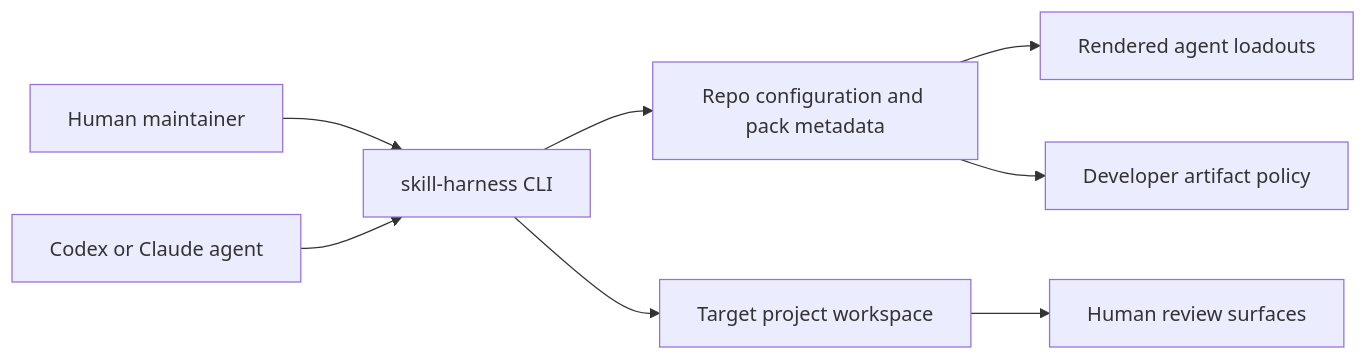
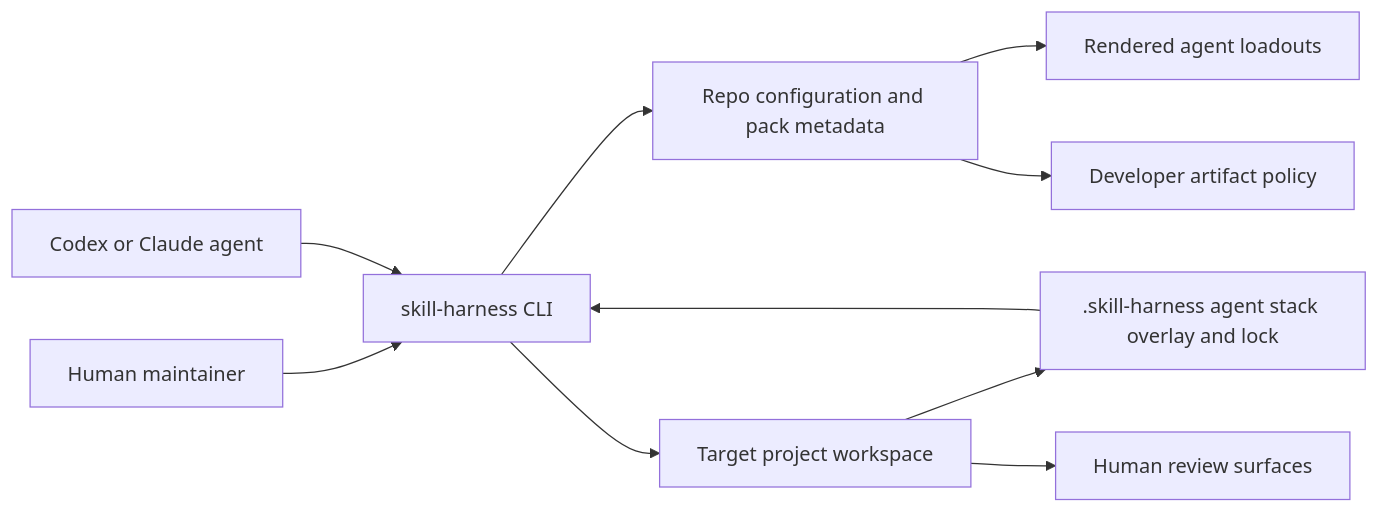
The diagram in docs/artifacts/source/models/sh-system-context.md (45ck/skill-harness), drawn with Mermaid before and after one commit. The commit also changed other lines of this file and 39 other files, not shown here.

````diff
--- a/docs/artifacts/source/models/sh-system-context.md
+++ b/docs/artifacts/source/models/sh-system-context.md
@@ -43,10 +43,12 @@
 ```mermaid
 flowchart LR
   Human["Human maintainer"] --> CLI["skill-harness CLI"]
   Agent["Codex or Claude agent"] --> CLI
   CLI --> Config["Repo configuration and pack metadata"]
   CLI --> Target["Target project workspace"]
+  Target --> Stack[".skill-harness agent stack overlay and lock"]
+  Stack --> CLI
   Config --> Agents["Rendered agent loadouts"]
   Config --> Artifacts["Developer artifact policy"]
   Target --> Review["Human review surfaces"]
 ```
````
